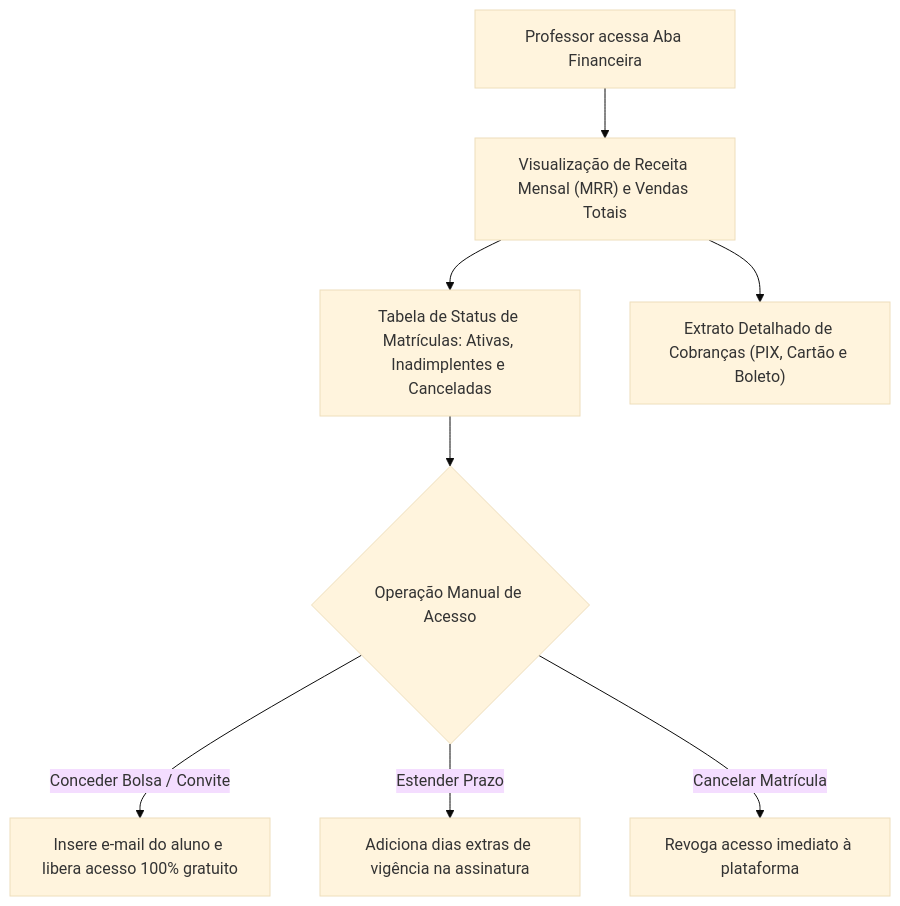
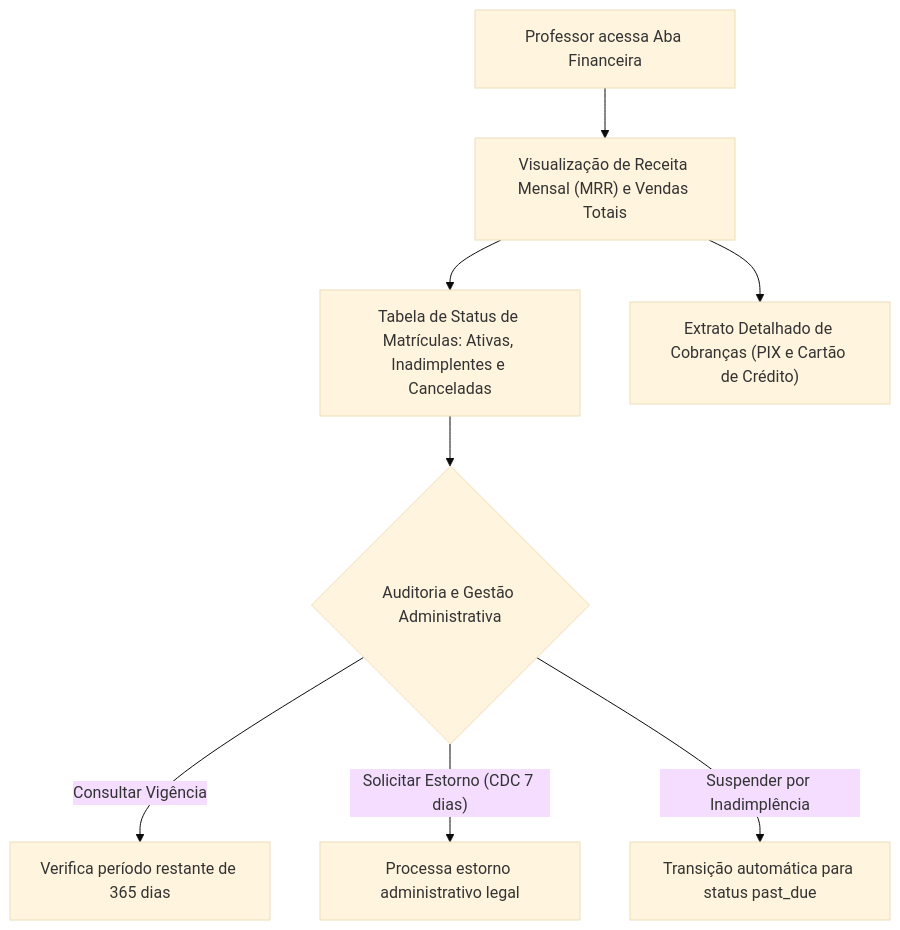
Before and after one commit to SiadeLucas/Tutor-Inteligente: the diagram in docs/modules/painel-professor/flow/gestao-financeira.md, drawn with Mermaid (base theme). The commit also changed 28 other files, not shown here.

````diff
--- a/docs/modules/painel-professor/flow/gestao-financeira.md
+++ b/docs/modules/painel-professor/flow/gestao-financeira.md
@@ -15,13 +15,13 @@
 ```mermaid
 flowchart TD
     A["Professor acessa Aba Financeira"] --> B["Visualização de Receita Mensal (MRR) e Vendas Totais"]
     
     B --> C["Tabela de Status de Matrículas: Ativas, Inadimplentes e Canceladas"]
     
-    C --> D{"Operação Manual de Acesso"}
-    D -->|"Conceder Bolsa / Convite"| E["Insere e-mail do aluno e libera acesso 100% gratuito"]
-    D -->|"Estender Prazo"| F["Adiciona dias extras de vigência na assinatura"]
-    D -->|"Cancelar Matrícula"| G["Revoga acesso imediato à plataforma"]
+    C --> D{"Auditoria e Gestão Administrativa"}
+    D -->|"Consultar Vigência"| E["Verifica período restante de 365 dias"]
+    D -->|"Solicitar Estorno (CDC 7 dias)"| F["Processa estorno administrativo legal"]
+    D -->|"Suspender por Inadimplência"| G["Transição automática para status past_due"]
     
-    B --> H["Extrato Detalhado de Cobranças (PIX, Cartão e Boleto)"]
+    B --> H["Extrato Detalhado de Cobranças (PIX e Cartão de Crédito)"]
 ```
````
